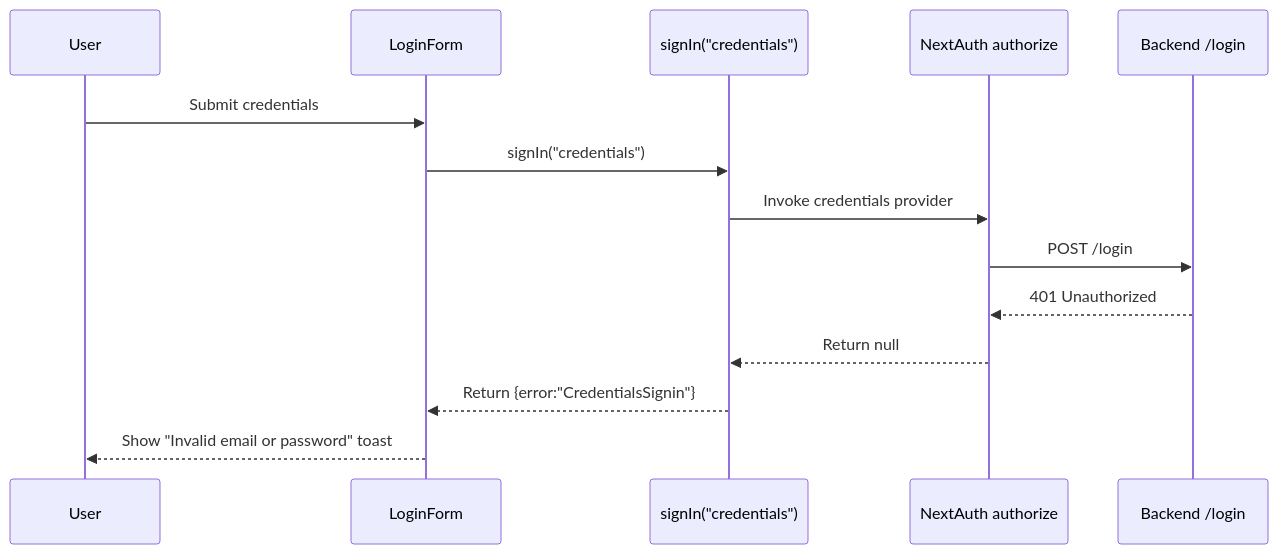
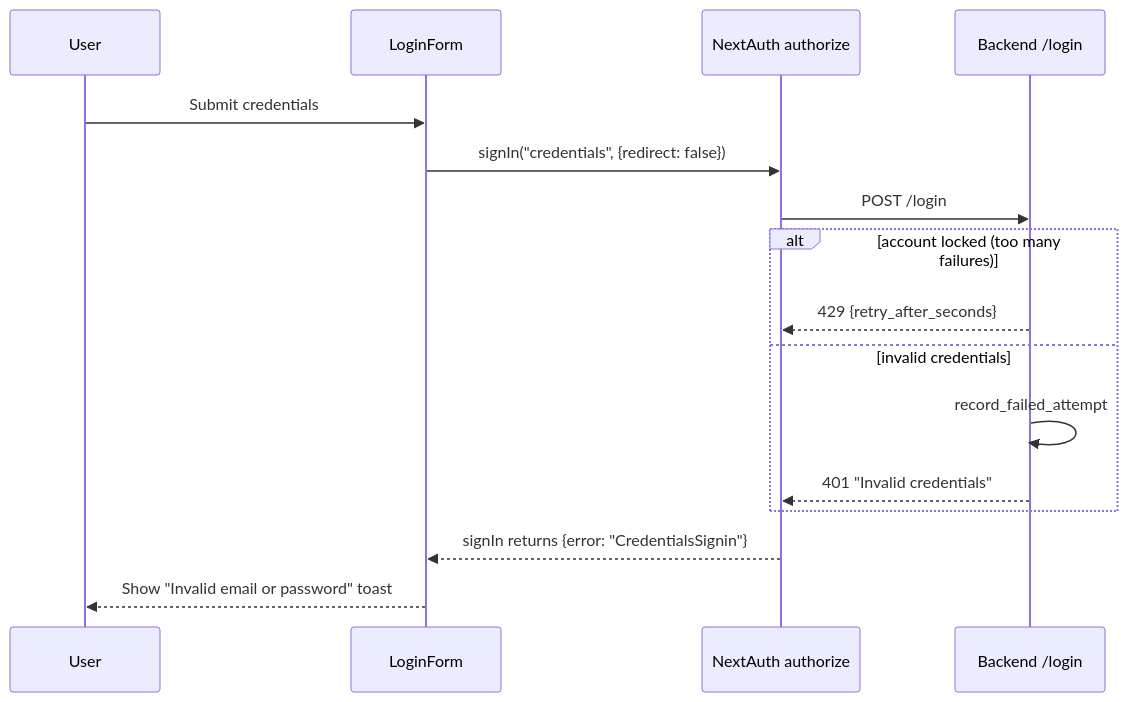
Before and after one commit to full-chaos/dev-health-web: the fifth of 16 diagrams in docs/auth-system.md, drawn with Mermaid. The commit also changed other lines of this file and 1 other file, not shown here.

First line of the commit message:
docs: add comprehensive user journey documentation with Mermaid diagrams

````diff
--- a/docs/auth-system.md
+++ b/docs/auth-system.md
@@ -113,17 +171,19 @@
 ```mermaid
 sequenceDiagram
     participant U as User
     participant LF as LoginForm
-    participant SI as signIn("credentials")
     participant NA as NextAuth authorize
     participant L as Backend /login
 
     U->>LF: Submit credentials
-    LF->>SI: signIn("credentials")
-    SI->>NA: Invoke credentials provider
+    LF->>NA: signIn("credentials", {redirect: false})
     NA->>L: POST /login
-    L-->>NA: 401 Unauthorized
-    NA-->>SI: Return null
-    SI-->>LF: Return {error:"CredentialsSignin"}
+    alt account locked (too many failures)
+        L-->>NA: 429 {retry_after_seconds}
+    else invalid credentials
+        L->>L: record_failed_attempt
+        L-->>NA: 401 "Invalid credentials"
+    end
+    NA-->>LF: signIn returns {error: "CredentialsSignin"}
     LF-->>U: Show "Invalid email or password" toast
 ```
````
